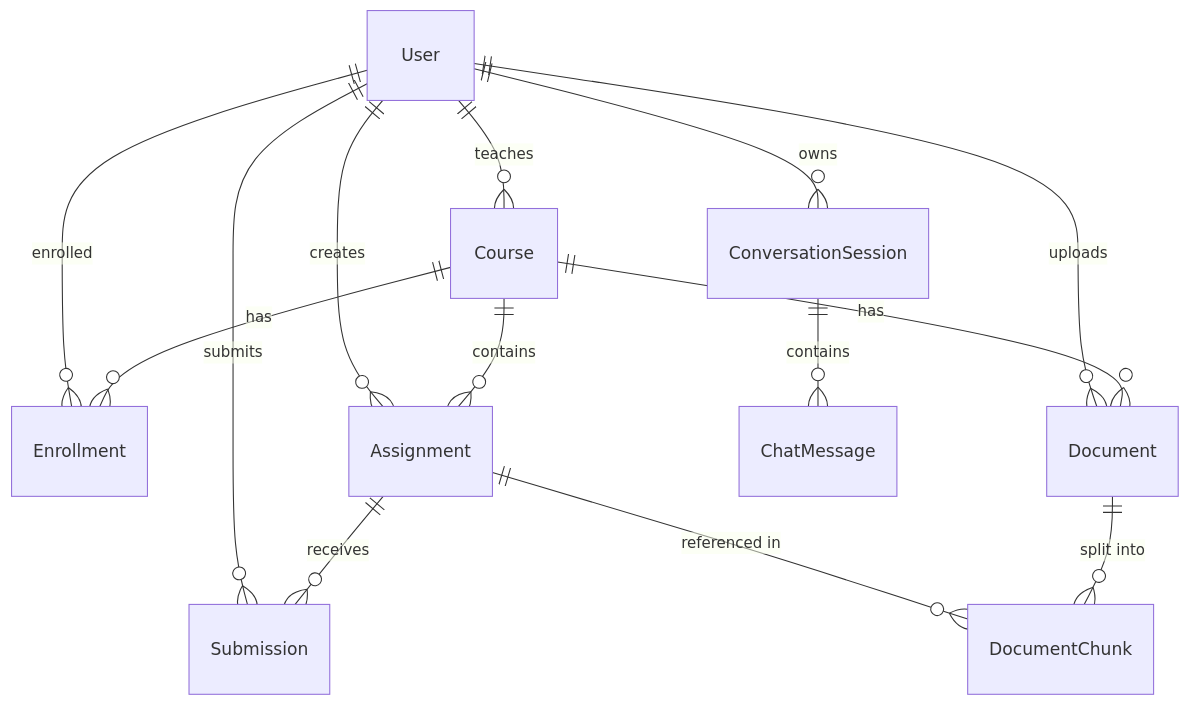
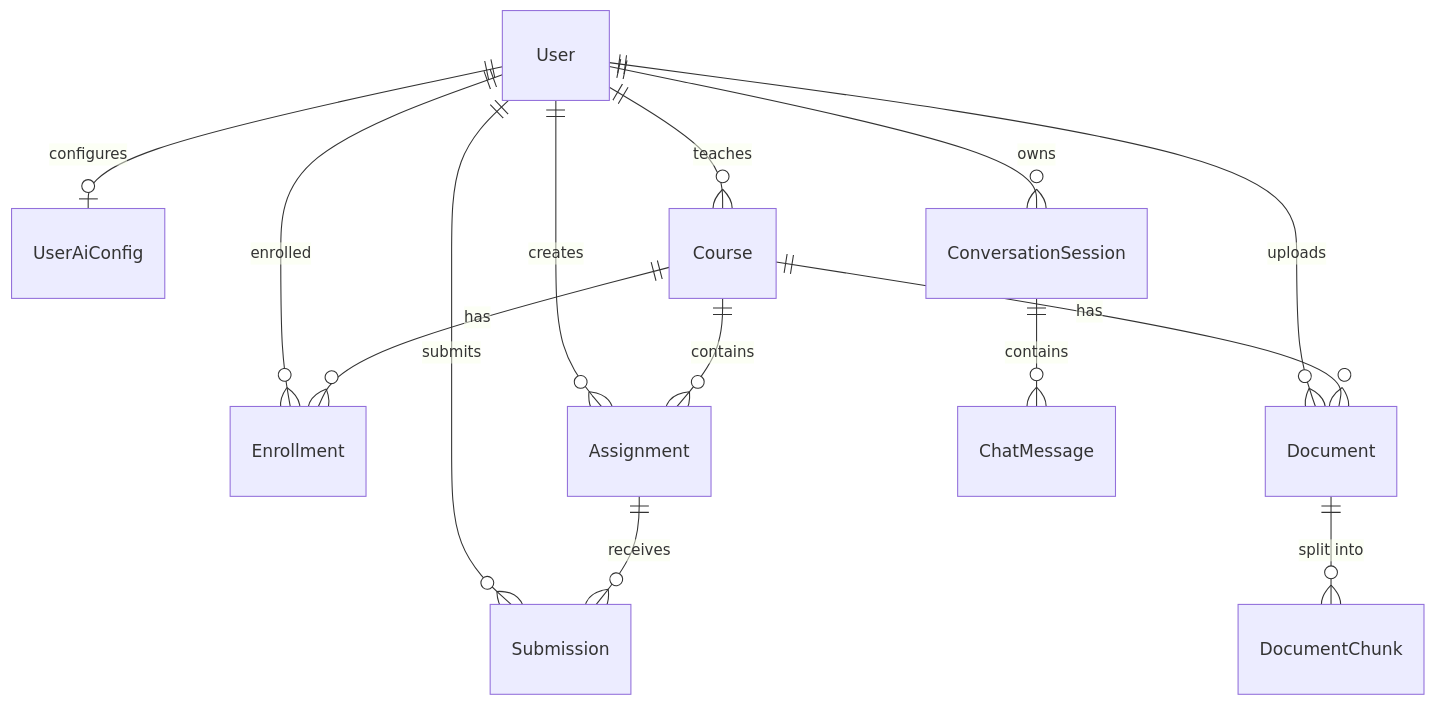
Before and after one commit to Dheerajdvn/AI-School-Management-System: the diagram in Database.md, drawn with Mermaid. The commit also changed other lines of this file and 8 other files, not shown here.

````diff
--- a/Database.md
+++ b/Database.md
@@ -54,20 +61,18 @@
 ```mermaid
 erDiagram
+    User ||--o| UserAiConfig : "configures"
     User ||--o{ Course : "teaches"
     User ||--o{ Enrollment : "enrolled"
     User ||--o{ Assignment : "creates"
     User ||--o{ Submission : "submits"
     User ||--o{ ConversationSession : "owns"
     User ||--o{ Document : "uploads"
     
     Course ||--o{ Enrollment : "has"
     Course ||--o{ Assignment : "contains"
     Course ||--o{ Document : "has"
     
     Assignment ||--o{ Submission : "receives"
-    Assignment ||--o{ DocumentChunk : "referenced in"
-    
     Document ||--o{ DocumentChunk : "split into"
-    
     ConversationSession ||--o{ ChatMessage : "contains"
 ```
````
